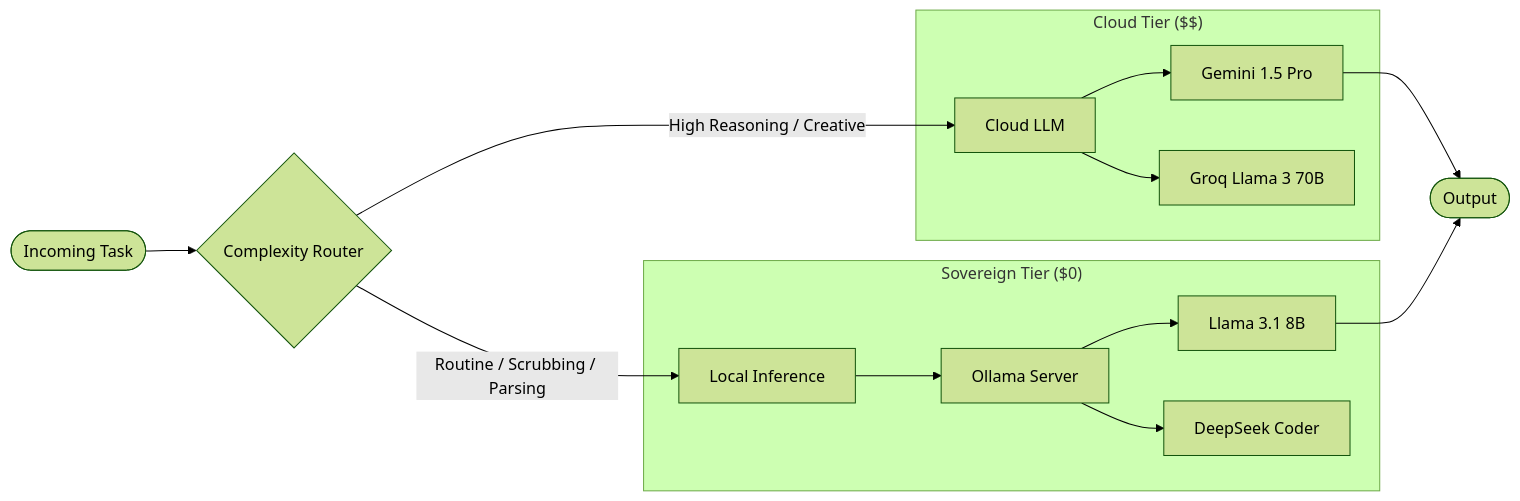
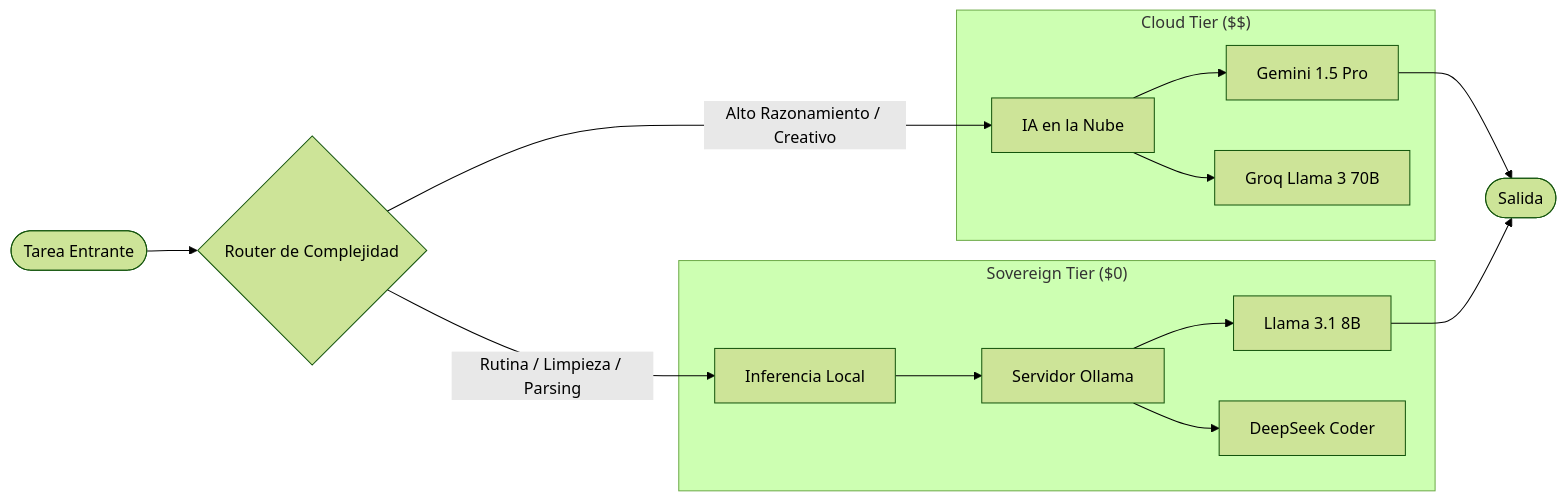
The second of 4 diagrams in README.md (mauroociappinaph/the-dude-architecture-case-study), drawn with Mermaid (forest theme) before and after one commit. The commit also changed other lines of this file, not shown here.

Commit message:
Fixed: Translate to Spanish and correct Mermaid syntax

````diff
--- a/README.md
+++ b/README.md
@@ -65,20 +65,20 @@
 ```mermaid
 flowchart LR
-    Task([Incoming Task]) --> Router{Complexity Router}
+    Task([Tarea Entrante]) --> Router{Router de Complejidad}
     
-    Router -- "High Reasoning / Creative" --> Cloud[Cloud LLM]
+    Router -- "Alto Razonamiento / Creativo" --> Cloud[IA en la Nube]
     subgraph "Cloud Tier ($$)"
         Cloud --> Gemini[Gemini 1.5 Pro]
         Cloud --> Groq[Groq Llama 3 70B]
     end
     
-    Router -- "Routine / Scrubbing / Parsing" --> Local[Local Inference]
+    Router -- "Rutina / Limpieza / Parsing" --> Local[Inferencia Local]
     subgraph "Sovereign Tier ($0)"
-        Local --> Ollama[Ollama Server]
+        Local --> Ollama[Servidor Ollama]
         Ollama --> Llama3[Llama 3.1 8B]
         Ollama --> DeepSeek[DeepSeek Coder]
     end
     
-    Gemini --> Result([Output])
+    Gemini --> Result([Salida])
     Llama3 --> Result
 ```
````
